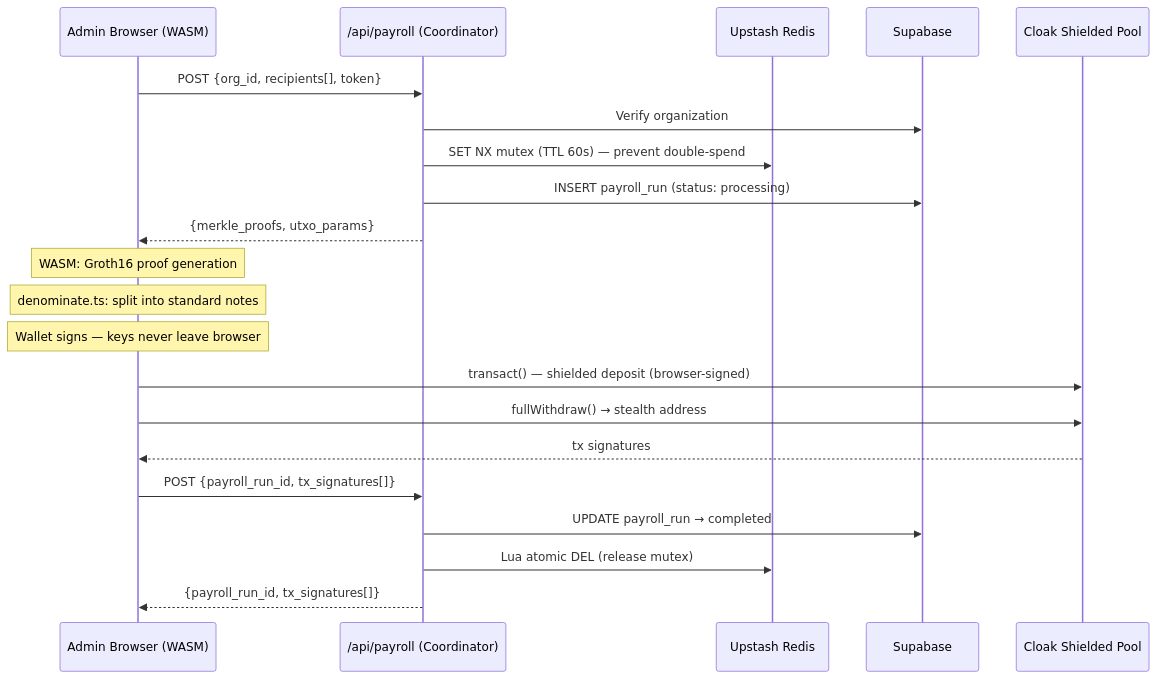
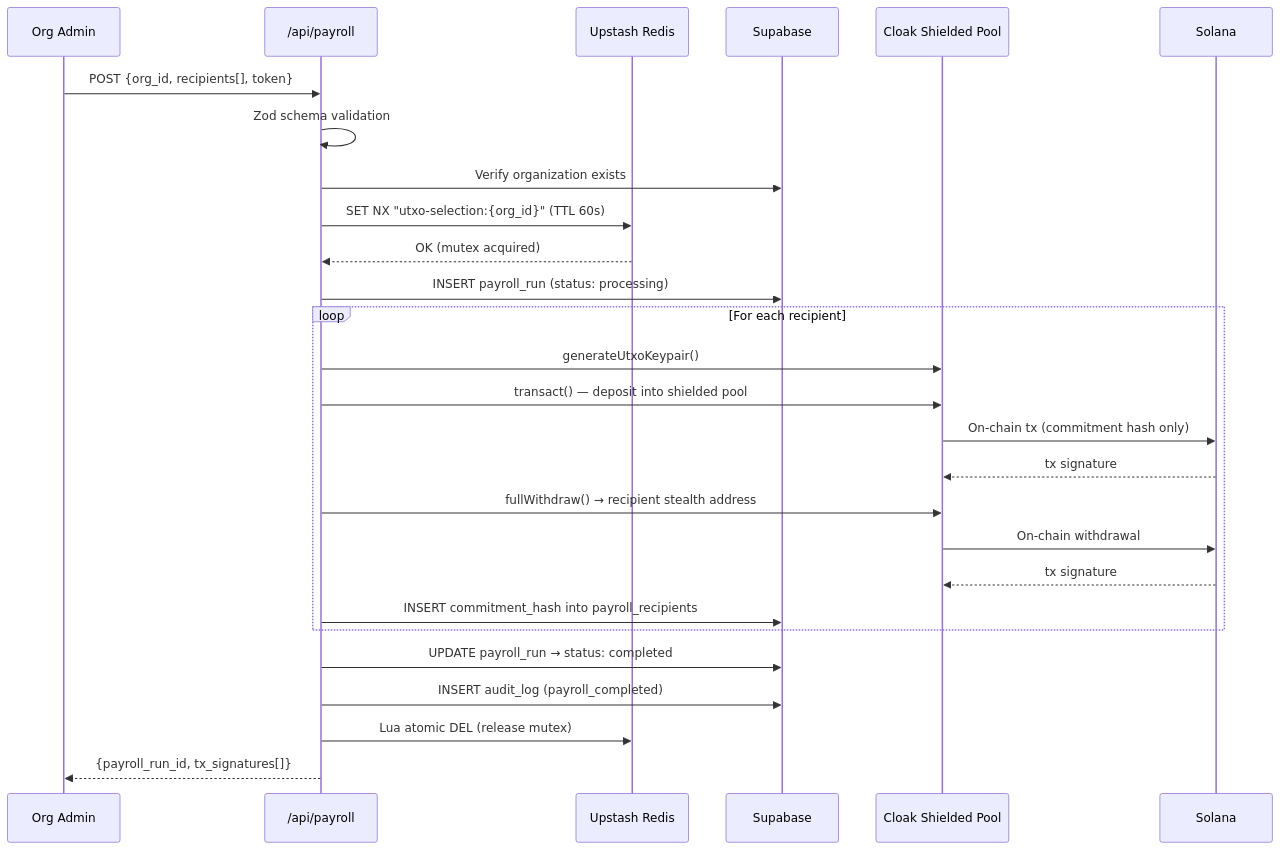
One commit to Olalolo22/aegis-ledger changed the first of 2 diagrams in README2.MD. Above: the diagram before and after it, drawn with Mermaid. The commit also changed other lines of this file and 4 other files, not shown here.

````diff
--- a/README2.MD
+++ b/README2.MD
@@ -128,27 +95,32 @@
 ```mermaid
 sequenceDiagram
-participant Browser as Admin Browser (WASM)
-participant API as /api/payroll (Coordinator)
-participant Redis as Upstash Redis
-participant DB as Supabase
-participant Cloak as Cloak Shielded Pool
+    participant Admin as Org Admin
+    participant API as /api/payroll
+    participant Redis as Upstash Redis
+    participant DB as Supabase
+    participant Cloak as Cloak Shielded Pool
+    participant Chain as Solana
 
-Browser->>API: POST {org_id, recipients[], token}
-API->>DB: Verify organization
-API->>Redis: SET NX mutex (TTL 60s) — prevent double-spend
-API->>DB: INSERT payroll_run (status: processing)
-API-->>Browser: {merkle_proofs, utxo_params}
+    Admin->>API: POST {org_id, recipients[], token}
+    API->>API: Zod schema validation
+    API->>DB: Verify organization exists
+    API->>Redis: SET NX "utxo-selection:{org_id}" (TTL 60s)
+    Redis-->>API: OK (mutex acquired)
+    API->>DB: INSERT payroll_run (status: processing)
 
-Note over Browser: WASM: Groth16 proof generation
-Note over Browser: denominate.ts: split into standard notes
-Note over Browser: Wallet signs — keys never leave browser
+    loop For each recipient
+        API->>Cloak: generateUtxoKeypair()
+        API->>Cloak: transact() — deposit into shielded pool
+        Cloak->>Chain: On-chain tx (commitment hash only)
+        Chain-->>Cloak: tx signature
+        API->>Cloak: fullWithdraw() → recipient stealth address
+        Cloak->>Chain: On-chain withdrawal
+        Chain-->>Cloak: tx signature
+        API->>DB: INSERT commitment_hash into payroll_recipients
+    end
 
-Browser->>Cloak: transact() — shielded deposit (browser-signed)
-Browser->>Cloak: fullWithdraw() → stealth address
-Cloak-->>Browser: tx signatures
-
-Browser->>API: POST {payroll_run_id, tx_signatures[]}
-API->>DB: UPDATE payroll_run → completed
-API->>Redis: Lua atomic DEL (release mutex)
-API-->>Browser: {payroll_run_id, tx_signatures[]}
+    API->>DB: UPDATE payroll_run → status: completed
+    API->>DB: INSERT audit_log (payroll_completed)
+    API->>Redis: Lua atomic DEL (release mutex)
+    API-->>Admin: {payroll_run_id, tx_signatures[]}
 ```
````
